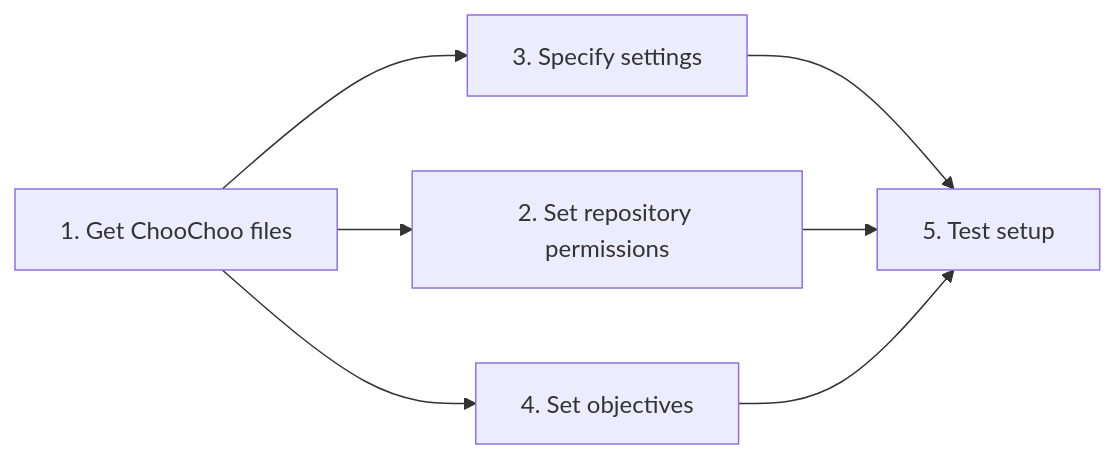
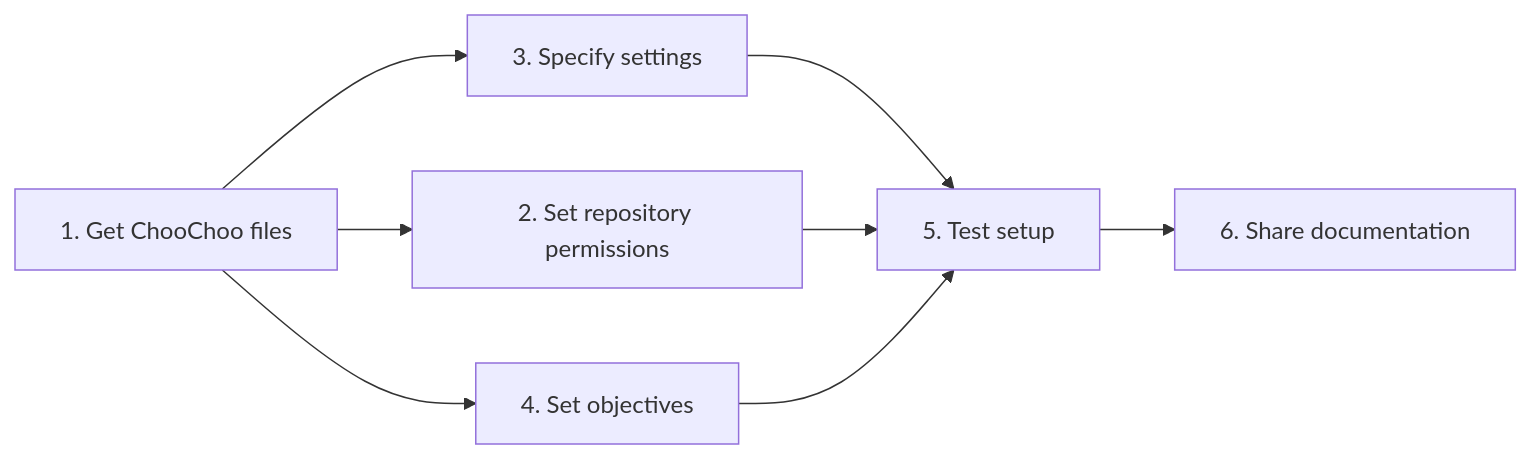
One commit to lucydot/ChooChoo changed the diagram in docs/instructors/setup.md. Above: the diagram before and after it, drawn with Mermaid. The commit also changed other lines of this file, not shown here.

````diff
--- a/docs/instructors/setup.md
+++ b/docs/instructors/setup.md
@@ -3,9 +3,10 @@
 ``` mermaid
 graph LR
   A[1. Get ChooChoo files] --> B[2. Set repository permissions];
   A --> C[3. Specify settings];
   A --> D[4. Set objectives];
   C --> E[5. Test setup];
   B --> E;
   D --> E;
+  E --> F[6. Share documentation];
 ```
````
